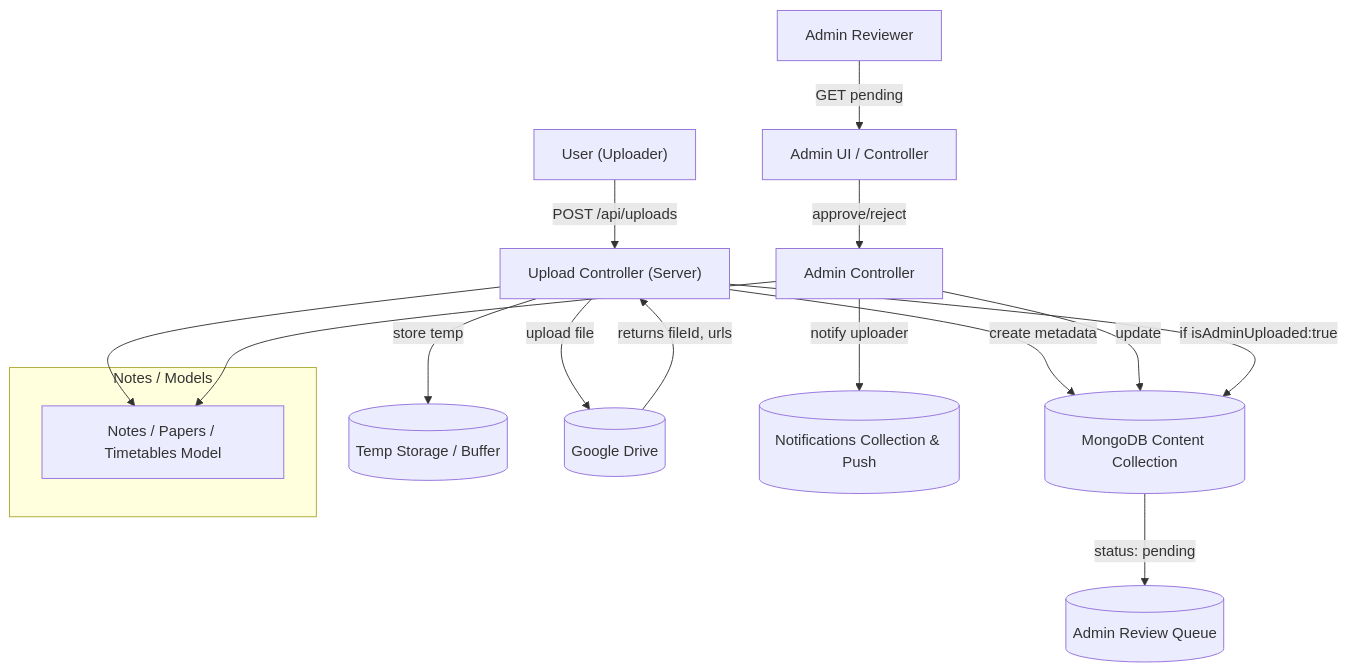
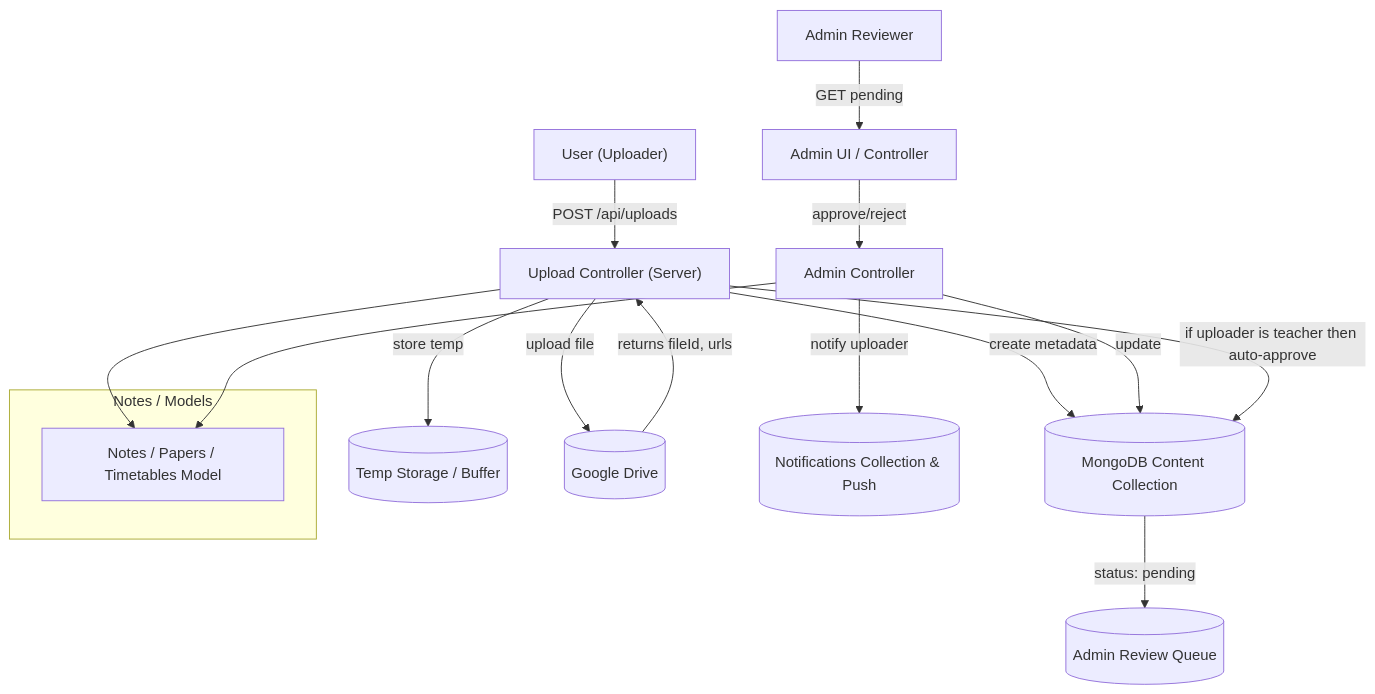
The diagram in Documentation/diagrams/dfd-uploads-approval-flow.mmd (faizanshaikh212/AcademicVault-Connect), drawn with Mermaid before and after one commit. The commit also changed 8 other files, not shown here.

```diff
--- a/Documentation/diagrams/dfd-uploads-approval-flow.mmd
+++ b/Documentation/diagrams/dfd-uploads-approval-flow.mmd
@@ -1,22 +1,22 @@
 %%{init: { 'theme': 'default' }}%%
 flowchart TD
   User["User (Uploader)"] -->|POST /api/uploads| UploadAPI["Upload Controller (Server)"]
   UploadAPI -->|store temp| TempStore[(Temp Storage / Buffer)]
   UploadAPI -->|upload file| GoogleDrive[(Google Drive)]
   GoogleDrive -->|returns fileId, urls| UploadAPI
   UploadAPI -->|create metadata| ContentDB[(MongoDB Content Collection)]
   ContentDB -->|status: pending| AdminQueue[(Admin Review Queue)]
 
   Admin["Admin Reviewer"] -->|GET pending| AdminUI["Admin UI / Controller"]
   AdminUI -->|approve/reject| AdminAPI["Admin Controller"]
   AdminAPI -->|update| ContentDB
   AdminAPI -->|notify uploader| Notification[(Notifications Collection & Push)]
 
   subgraph NotesModel[Notes / Models]
     NotesNode["Notes / Papers / Timetables Model"]
   end
   UploadAPI --> NotesNode
   AdminAPI --> NotesNode
 
-  %% Auto-approve when isAdminUploaded
-  UploadAPI -->|if isAdminUploaded:true| ContentDB
+  %% Auto-approve legacy label removed. Approval now explicit.
+  UploadAPI -->|if uploader is teacher then auto-approve| ContentDB
```
